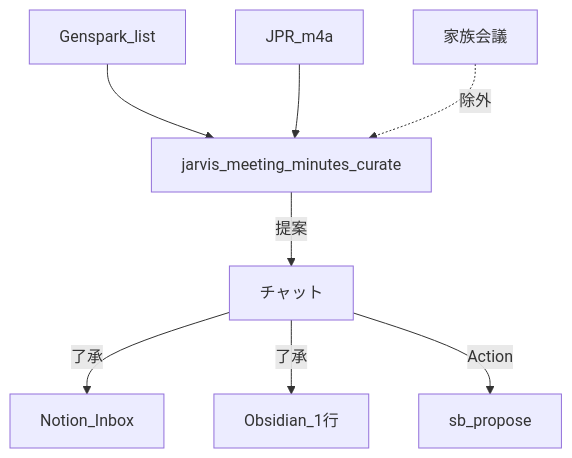
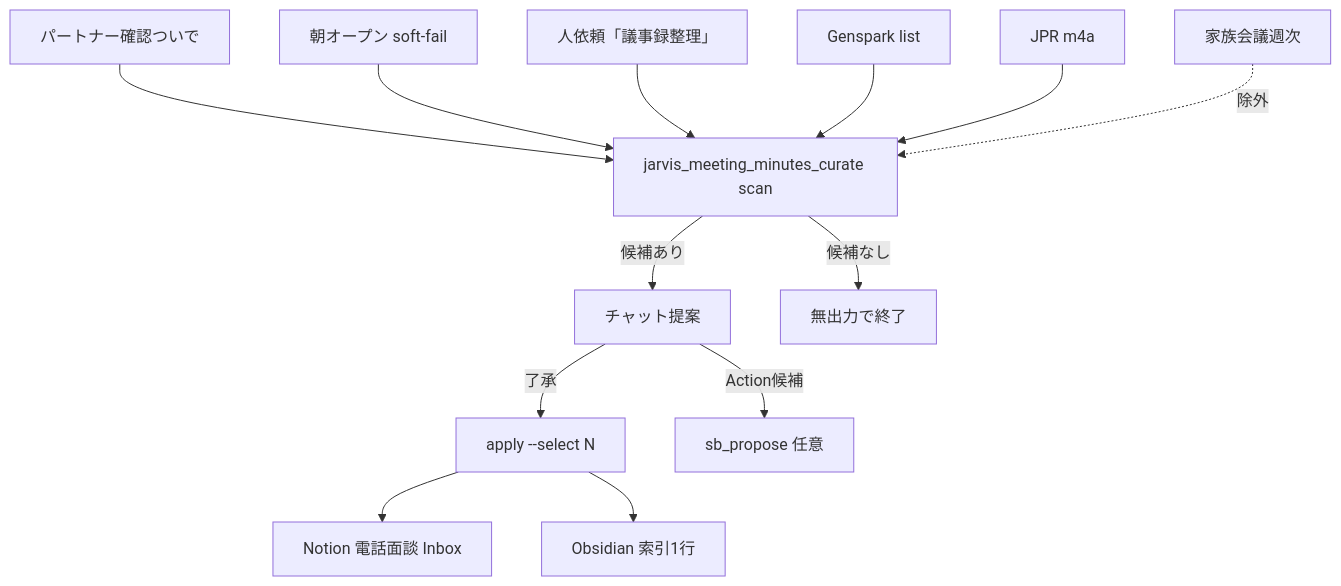
Before and after one commit to m19mhrts83-cyber/project-GE: the diagram in docs/AIエージェントチーム/700_コーチング支援室/714_議事録整理係/flow.md, drawn with Mermaid. The commit also changed other lines of this file and 24 other files, not shown here.

````diff
--- a/docs/AIエージェントチーム/700_コーチング支援室/714_議事録整理係/flow.md
+++ b/docs/AIエージェントチーム/700_コーチング支援室/714_議事録整理係/flow.md
@@ -10,10 +21,15 @@
 ```mermaid
 flowchart TD
-  GS[Genspark_list] --> Curate[jarvis_meeting_minutes_curate]
-  JPR[JPR_m4a] --> Curate
-  Curate -->|提案| Chat[チャット]
-  Chat -->|了承| Notion[Notion_Inbox]
-  Chat -->|了承| Obs[Obsidian_1行]
-  Chat -->|Action| SB[sb_propose]
-  Fam[家族会議] -.->|除外| Curate
+  T1[パートナー確認ついで] --> Scan[jarvis_meeting_minutes_curate scan]
+  T2[朝オープン soft-fail] --> Scan
+  T3[人依頼「議事録整理」] --> Scan
+  GS[Genspark list] --> Scan
+  JPR[JPR m4a] --> Scan
+  Scan -->|候補あり| Chat[チャット提案]
+  Scan -->|候補なし| Skip[無出力で終了]
+  Chat -->|了承| Apply[apply --select N]
+  Apply --> Notion[Notion 電話面談 Inbox]
+  Apply --> Obs[Obsidian 索引1行]
+  Chat -->|Action候補| SB[sb_propose 任意]
+  Fam[家族会議週次] -.->|除外| Scan
 ```
````
